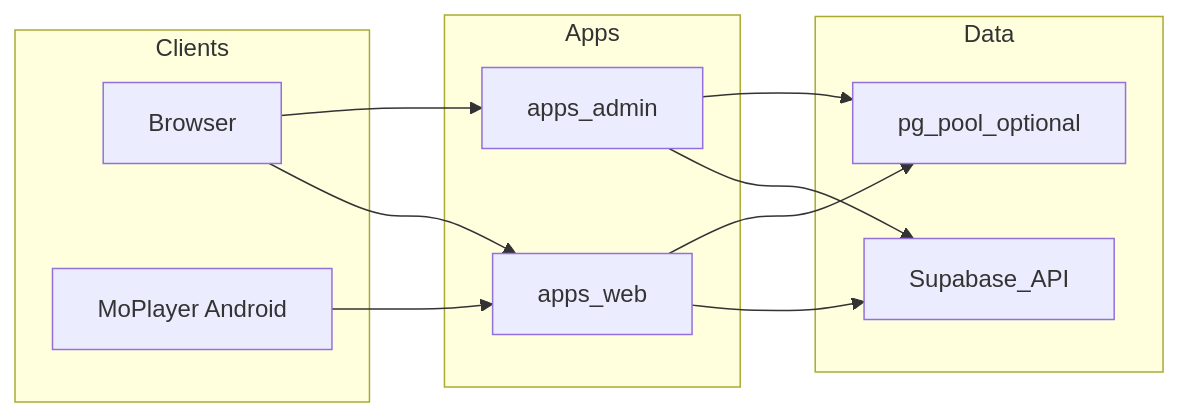
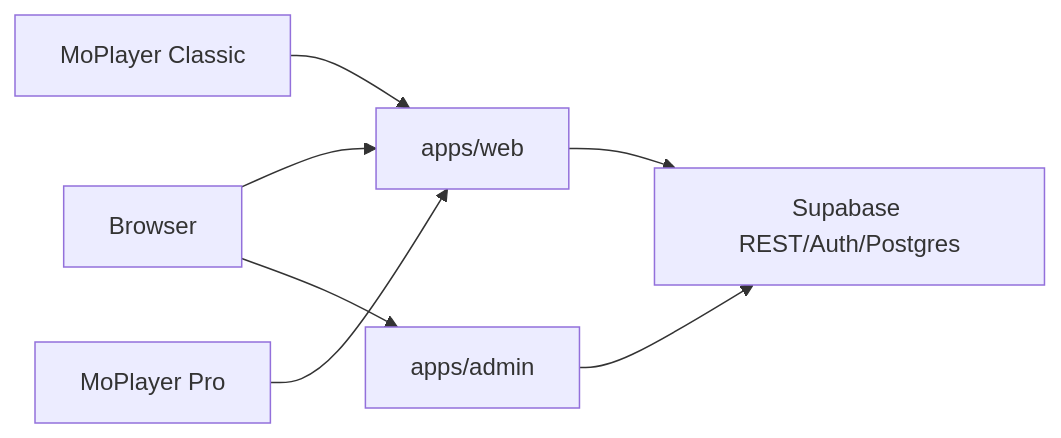
One commit to moalfarras-sys/Mohammad-alfarras changed the diagram in docs/architecture.md. Above: the diagram before and after it, drawn with Mermaid. The commit also changed other lines of this file and 139 other files, not shown here.

````diff
--- a/docs/architecture.md
+++ b/docs/architecture.md
@@ -25,22 +20,9 @@
 ```mermaid
 flowchart LR
-  subgraph clients [Clients]
-    browser[Browser]
-    android[MoPlayer Android]
-  end
-  subgraph apps [Apps]
-    web[apps_web]
-    admin[apps_admin]
-  end
-  subgraph data [Data]
-    sb[Supabase_API]
-    pg[pg_pool_optional]
-  end
-  browser --> web
-  browser --> admin
-  android --> web
-  web --> sb
-  admin --> sb
-  web --> pg
-  admin --> pg
+  browser["Browser"] --> web["apps/web"]
+  browser --> admin["apps/admin"]
+  classic["MoPlayer Classic"] --> web
+  pro["MoPlayer Pro"] --> web
+  web --> supabase["Supabase REST/Auth/Postgres"]
+  admin --> supabase
 ```
````
